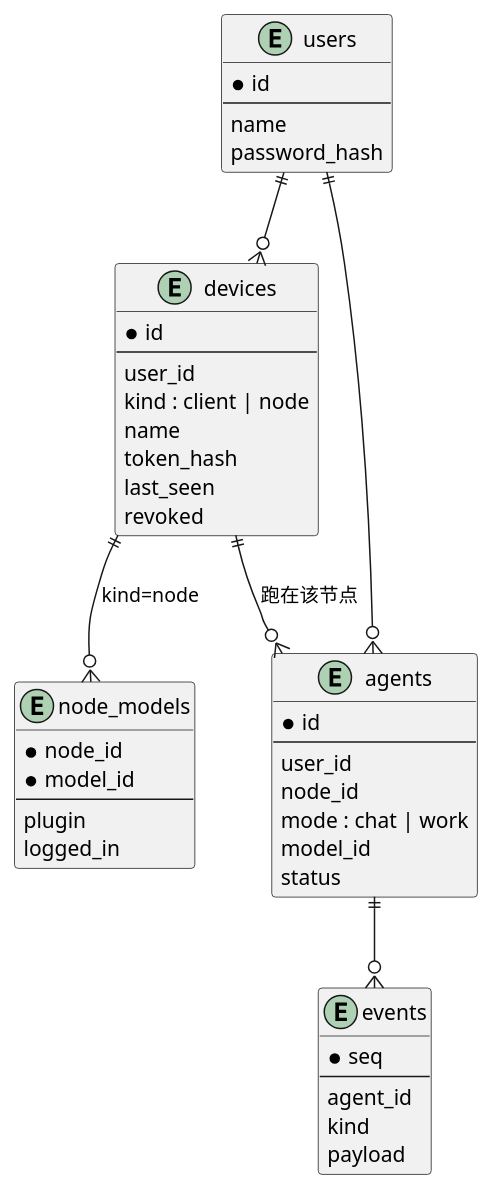
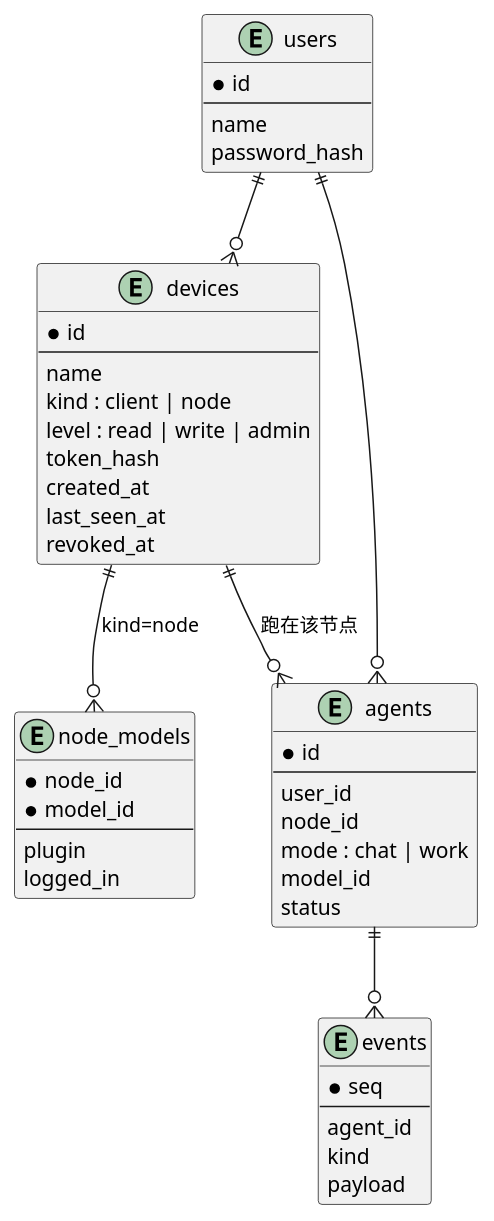
Before and after one commit to L1nkkkk/CrossAgents: the fourth of 4 diagrams in docs/MULTI-NODE.md, drawn with PlantUML. The commit also changed other lines of this file and 1 other file, not shown here.

````diff
--- a/docs/MULTI-NODE.md
+++ b/docs/MULTI-NODE.md
@@ -267,48 +268,49 @@
 ```plantuml
 @startuml
 entity users {
   * id
   --
   name
   password_hash
 }
 entity devices {
   * id
   --
-  user_id
+  name
   kind : client | node
-  name
+  level : read | write | admin
   token_hash
-  last_seen
-  revoked
+  created_at
+  last_seen_at
+  revoked_at
 }
 entity node_models {
   * node_id
   * model_id
   --
   plugin
   logged_in
 }
 entity agents {
   * id
   --
   user_id
   node_id
   mode : chat | work
   model_id
   status
 }
 entity events {
   * seq
   --
   agent_id
   kind
   payload
 }
 users ||--o{ devices
 devices ||--o{ node_models : kind=node
 devices ||--o{ agents : 跑在该节点
 users ||--o{ agents
 agents ||--o{ events
 @enduml
 ```
````
